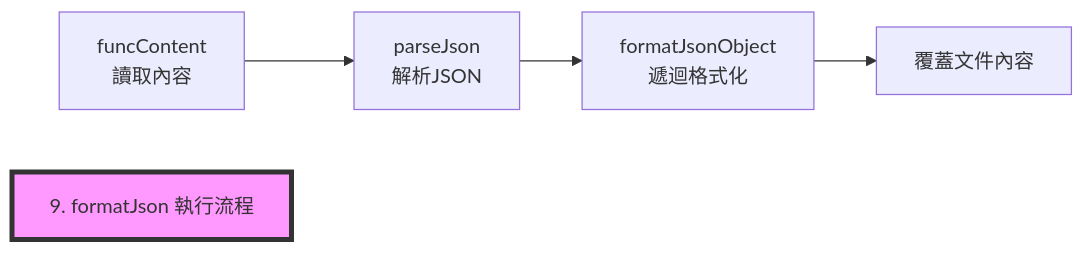
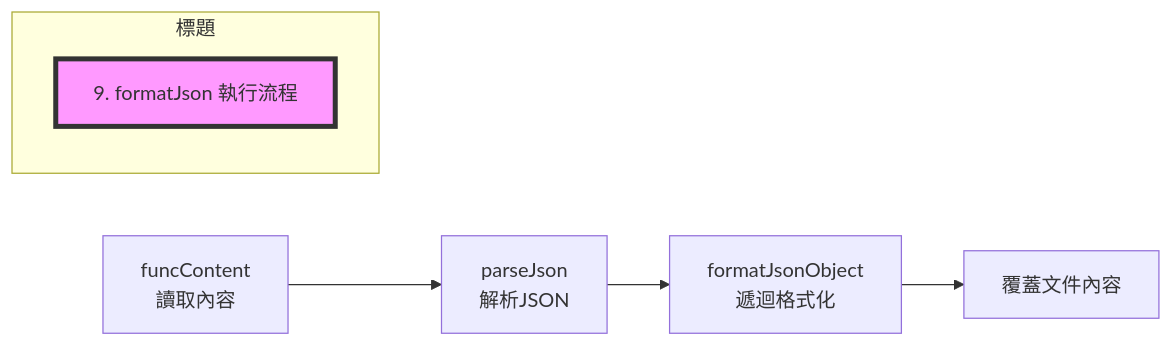
One commit to ani198202/IDE_extension_json_format_marco changed the ninth of 9 diagrams in VS_Code_Extension_JSON_format_v3_flowchart.md. Above: the diagram before and after it, drawn with Mermaid.

Commit message:
VS Code Extension JSON format v3 flowchart
VS Code Extension JSON format v3 流程圖語法錯誤更新。

````diff
--- a/VS_Code_Extension_JSON_format_v3_flowchart.md
+++ b/VS_Code_Extension_JSON_format_v3_flowchart.md
@@ -175,13 +175,15 @@
 ```mermaid
 flowchart LR
   A[funcContent<br>讀取內容]
   B[parseJson<br>解析JSON]
   C[formatJsonObject<br>遞迴格式化]
   D[覆蓋文件內容]
 
   A --> B --> C --> D
 
-  %% 標題與說明
-  title[9. formatJson 執行流程]
-  style title fill:#f9f,stroke:#333,stroke-width:4px
+  subgraph 標題
+  direction TB
+  T[9. formatJson 執行流程]
+  end
+  style T fill:#f9f,stroke:#333,stroke-width:4px
 ```
````
